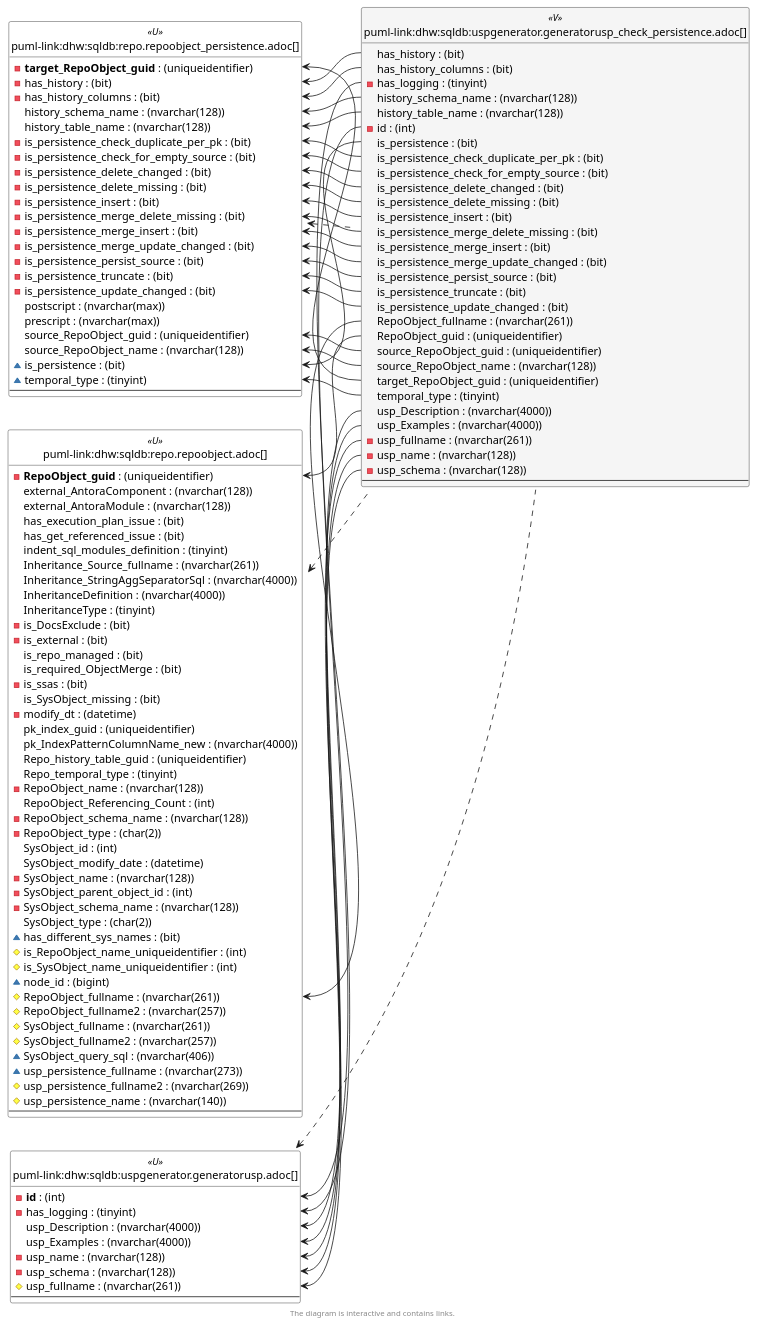
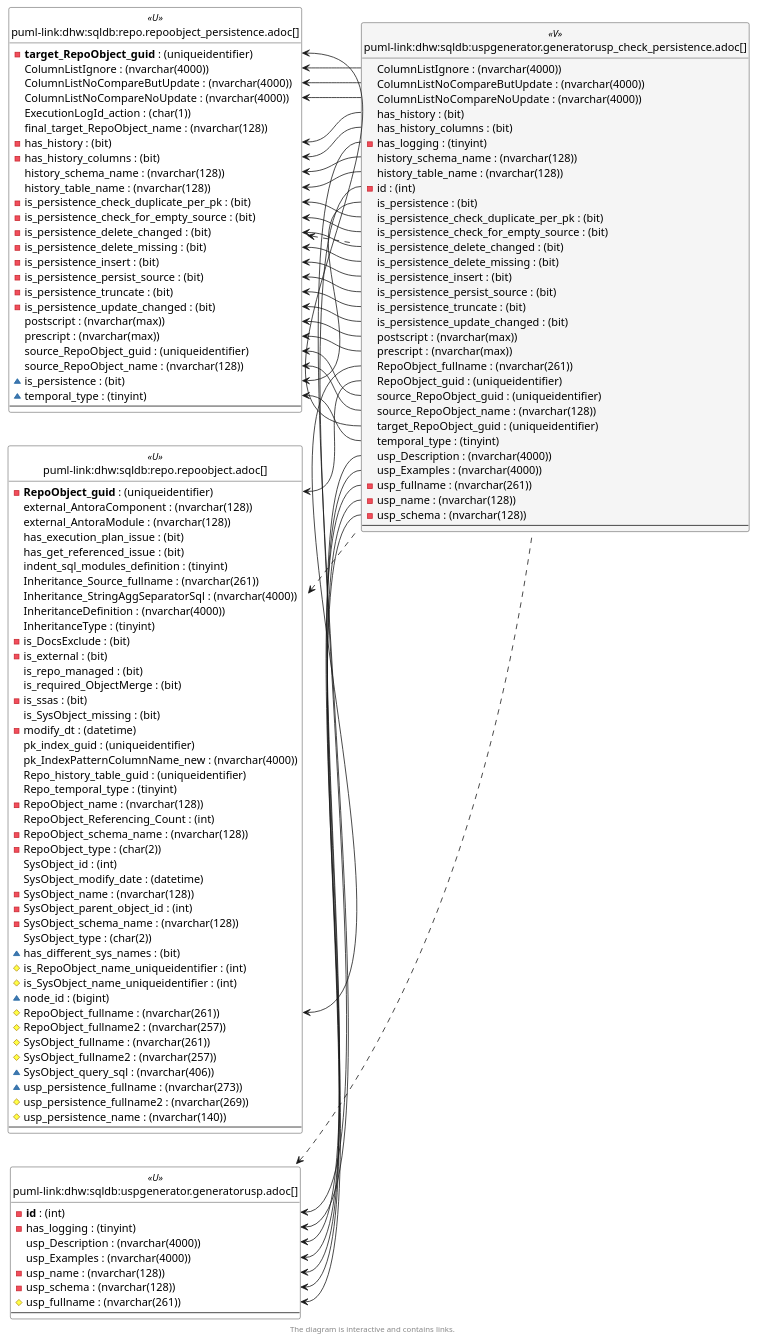
One commit to DataHandwerk/dhw-antora-sqldb changed the sixth of 6 diagrams in docs/modules/sqldb/partials/content/uspgenerator.generatorusp_check_persistence.adoc. Above: the diagram before and after it, drawn with PlantUML. The commit also changed other lines of this file and 751 other files, not shown here.

```diff
--- a/docs/modules/sqldb/partials/content/uspgenerator.generatorusp_check_persistence.adoc
+++ b/docs/modules/sqldb/partials/content/uspgenerator.generatorusp_check_persistence.adoc
@@ -1926,6 +1986,11 @@
 
 entity "puml-link:dhw:sqldb:repo.repoobject_persistence.adoc[]" as repo.RepoObject_persistence << U >> {
   - **target_RepoObject_guid** : (uniqueidentifier)
+  ColumnListIgnore : (nvarchar(4000))
+  ColumnListNoCompareButUpdate : (nvarchar(4000))
+  ColumnListNoCompareNoUpdate : (nvarchar(4000))
+  ExecutionLogId_action : (char(1))
+  final_target_RepoObject_name : (nvarchar(128))
   - has_history : (bit)
   - has_history_columns : (bit)
   history_schema_name : (nvarchar(128))
@@ -1935,9 +2000,6 @@
   - is_persistence_delete_changed : (bit)
   - is_persistence_delete_missing : (bit)
   - is_persistence_insert : (bit)
-  - is_persistence_merge_delete_missing : (bit)
-  - is_persistence_merge_insert : (bit)
-  - is_persistence_merge_update_changed : (bit)
   - is_persistence_persist_source : (bit)
   - is_persistence_truncate : (bit)
   - is_persistence_update_changed : (bit)
@@ -1962,6 +2024,9 @@
 }
 
 entity "puml-link:dhw:sqldb:uspgenerator.generatorusp_check_persistence.adoc[]" as uspgenerator.GeneratorUsp_check_persistence << V >> {
+  ColumnListIgnore : (nvarchar(4000))
+  ColumnListNoCompareButUpdate : (nvarchar(4000))
+  ColumnListNoCompareNoUpdate : (nvarchar(4000))
   has_history : (bit)
   has_history_columns : (bit)
   - has_logging : (tinyint)
@@ -1974,12 +2039,11 @@
   is_persistence_delete_changed : (bit)
   is_persistence_delete_missing : (bit)
   is_persistence_insert : (bit)
-  is_persistence_merge_delete_missing : (bit)
-  is_persistence_merge_insert : (bit)
-  is_persistence_merge_update_changed : (bit)
   is_persistence_persist_source : (bit)
   is_persistence_truncate : (bit)
   is_persistence_update_changed : (bit)
+  postscript : (nvarchar(max))
+  prescript : (nvarchar(max))
   RepoObject_fullname : (nvarchar(261))
   RepoObject_guid : (uniqueidentifier)
   source_RepoObject_guid : (uniqueidentifier)
@@ -1999,6 +2063,9 @@
 uspgenerator.GeneratorUsp <.. uspgenerator.GeneratorUsp_check_persistence
 "repo.RepoObject::RepoObject_fullname" <-- "uspgenerator.GeneratorUsp_check_persistence::RepoObject_fullname"
 "repo.RepoObject::RepoObject_guid" <-- "uspgenerator.GeneratorUsp_check_persistence::RepoObject_guid"
+"repo.RepoObject_persistence::ColumnListIgnore" <-- "uspgenerator.GeneratorUsp_check_persistence::ColumnListIgnore"
+"repo.RepoObject_persistence::ColumnListNoCompareButUpdate" <-- "uspgenerator.GeneratorUsp_check_persistence::ColumnListNoCompareButUpdate"
+"repo.RepoObject_persistence::ColumnListNoCompareNoUpdate" <-- "uspgenerator.GeneratorUsp_check_persistence::ColumnListNoCompareNoUpdate"
 "repo.RepoObject_persistence::has_history" <-- "uspgenerator.GeneratorUsp_check_persistence::has_history"
 "repo.RepoObject_persistence::has_history_columns" <-- "uspgenerator.GeneratorUsp_check_persistence::has_history_columns"
 "repo.RepoObject_persistence::history_schema_name" <-- "uspgenerator.GeneratorUsp_check_persistence::history_schema_name"
@@ -2009,12 +2076,11 @@
 "repo.RepoObject_persistence::is_persistence_delete_changed" <-- "uspgenerator.GeneratorUsp_check_persistence::is_persistence_delete_changed"
 "repo.RepoObject_persistence::is_persistence_delete_missing" <-- "uspgenerator.GeneratorUsp_check_persistence::is_persistence_delete_missing"
 "repo.RepoObject_persistence::is_persistence_insert" <-- "uspgenerator.GeneratorUsp_check_persistence::is_persistence_insert"
-"repo.RepoObject_persistence::is_persistence_merge_delete_missing" <-- "uspgenerator.GeneratorUsp_check_persistence::is_persistence_merge_delete_missing"
-"repo.RepoObject_persistence::is_persistence_merge_insert" <-- "uspgenerator.GeneratorUsp_check_persistence::is_persistence_merge_insert"
-"repo.RepoObject_persistence::is_persistence_merge_update_changed" <-- "uspgenerator.GeneratorUsp_check_persistence::is_persistence_merge_update_changed"
 "repo.RepoObject_persistence::is_persistence_persist_source" <-- "uspgenerator.GeneratorUsp_check_persistence::is_persistence_persist_source"
 "repo.RepoObject_persistence::is_persistence_truncate" <-- "uspgenerator.GeneratorUsp_check_persistence::is_persistence_truncate"
 "repo.RepoObject_persistence::is_persistence_update_changed" <-- "uspgenerator.GeneratorUsp_check_persistence::is_persistence_update_changed"
+"repo.RepoObject_persistence::postscript" <-- "uspgenerator.GeneratorUsp_check_persistence::postscript"
+"repo.RepoObject_persistence::prescript" <-- "uspgenerator.GeneratorUsp_check_persistence::prescript"
 "repo.RepoObject_persistence::source_RepoObject_guid" <-- "uspgenerator.GeneratorUsp_check_persistence::source_RepoObject_guid"
 "repo.RepoObject_persistence::source_RepoObject_name" <-- "uspgenerator.GeneratorUsp_check_persistence::source_RepoObject_name"
 "repo.RepoObject_persistence::target_RepoObject_guid" <-- "uspgenerator.GeneratorUsp_check_persistence::target_RepoObject_guid"
```
